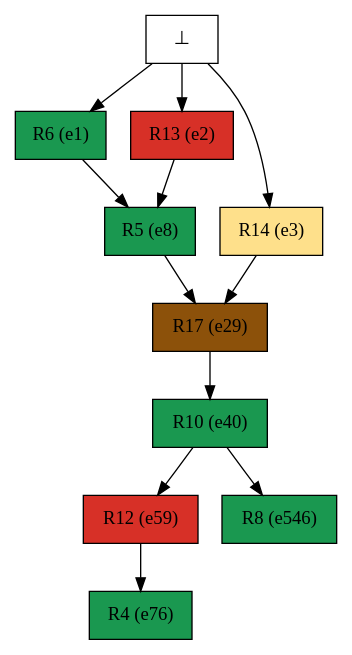
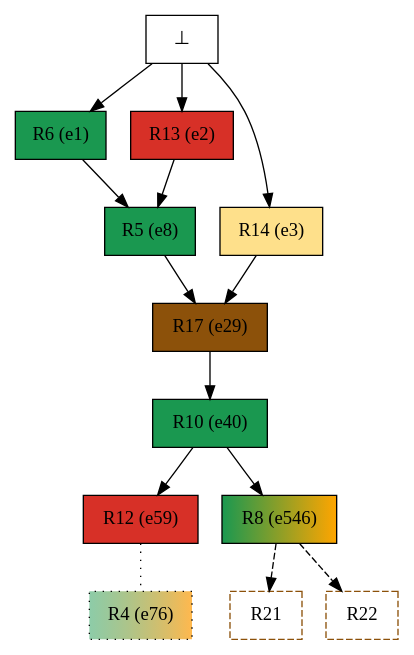
Before and after one commit to giannkas/ecofolder: the diagram in examples/oursin_tasmanie/mrk_instances/alg2urc/mindoo_confs/19_mindoo_conf_colored.dot, drawn with Graphviz. The commit also changed 58 other files, not shown here.

```diff
--- a/examples/oursin_tasmanie/mrk_instances/alg2urc/mindoo_confs/19_mindoo_conf_colored.dot
+++ b/examples/oursin_tasmanie/mrk_instances/alg2urc/mindoo_confs/19_mindoo_conf_colored.dot
@@ -1,23 +1,27 @@
 digraph test {
   e1 -> e8;
   e2 -> e8;
   e3 -> e29;
   e8 -> e29;
   e29 -> e40;
   e40 -> e59;
-  e59 -> e76;
+  e59 -> e76 [arrowhead=none style=dotted];
   e40 -> e546;
+  e546 -> r21 [color="black" style=dashed];
+  e546 -> r22 [color="black" style=dashed];
   e0 -> e1;
   e0 -> e2;
   e0 -> e3;
   e1 [color="black" fillcolor="#1a9850:#1a9850" label="R6 (e1)" shape=box style=filled];
   e2 [color="black" fillcolor="#d73027:#d73027" label="R13 (e2)" shape=box style=filled];
   e3 [color="black" fillcolor="#fee08b:#fee08b" label="R14 (e3)" shape=box style=filled];
   e8 [color="black" fillcolor="#1a9850:#1a9850" label="R5 (e8)" shape=box style=filled];
   e29 [color="black" fillcolor="#8c510a:#8c510a" label="R17 (e29)" shape=box style=filled];
   e40 [color="black" fillcolor="#1a9850:#1a9850" label="R10 (e40)" shape=box style=filled];
   e59 [color="black" fillcolor="#d73027:#d73027" label="R12 (e59)" shape=box style=filled];
-  e76 [color="black" fillcolor="#1a9850:#1a9850" label="R4 (e76)" shape=box style=filled];
-  e546 [color="black" fillcolor="#1a9850:#1a9850" label="R8 (e546)" shape=box style=filled];
+  e76 [color="black" fillcolor="#1a98507f:#ff9900b1" label="R4 (e76)" shape=box style="filled,dotted"];
+  e546 [color="black" fillcolor="#1a9850:orange" label="R8 (e546)" shape=box style=filled];
   e0 [fillcolor="white" label="⊥" shape=box style=filled];
+  r21 [fillcolor="transparent" color="#8c510a" label=R21 shape=box style=dashed];
+  r22 [fillcolor="transparent" color="#8c510a" label=R22 shape=box style=dashed];
 }
```
